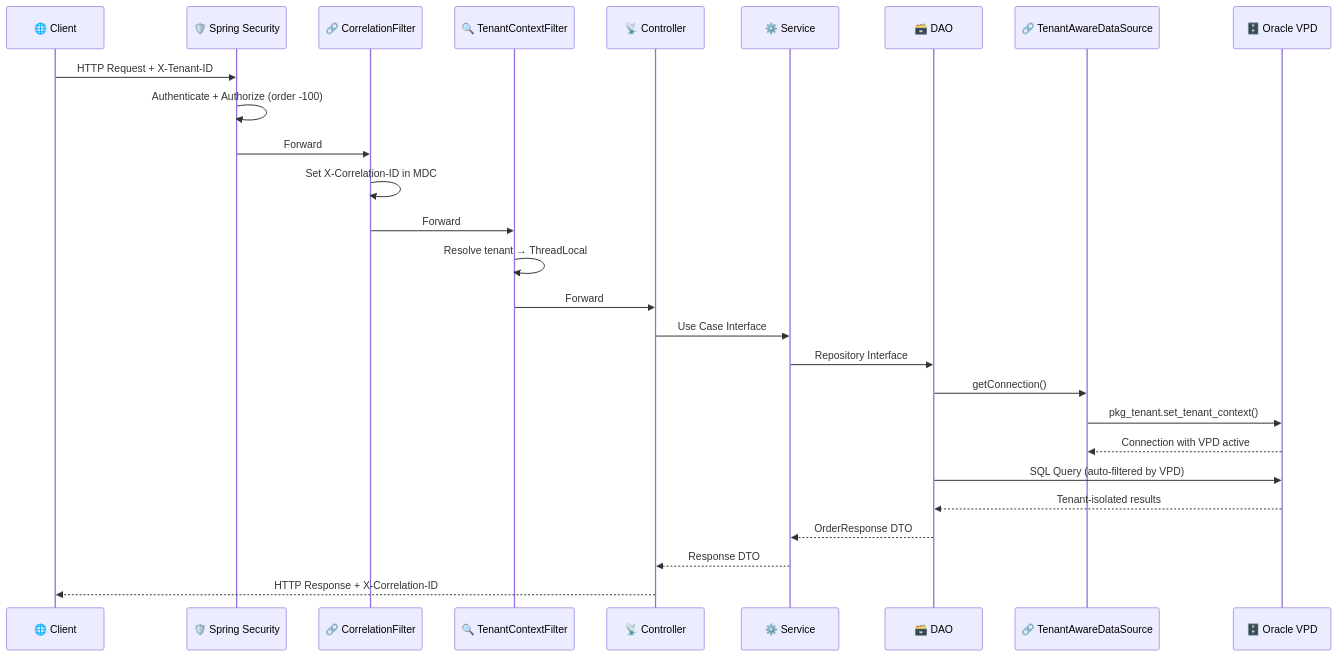
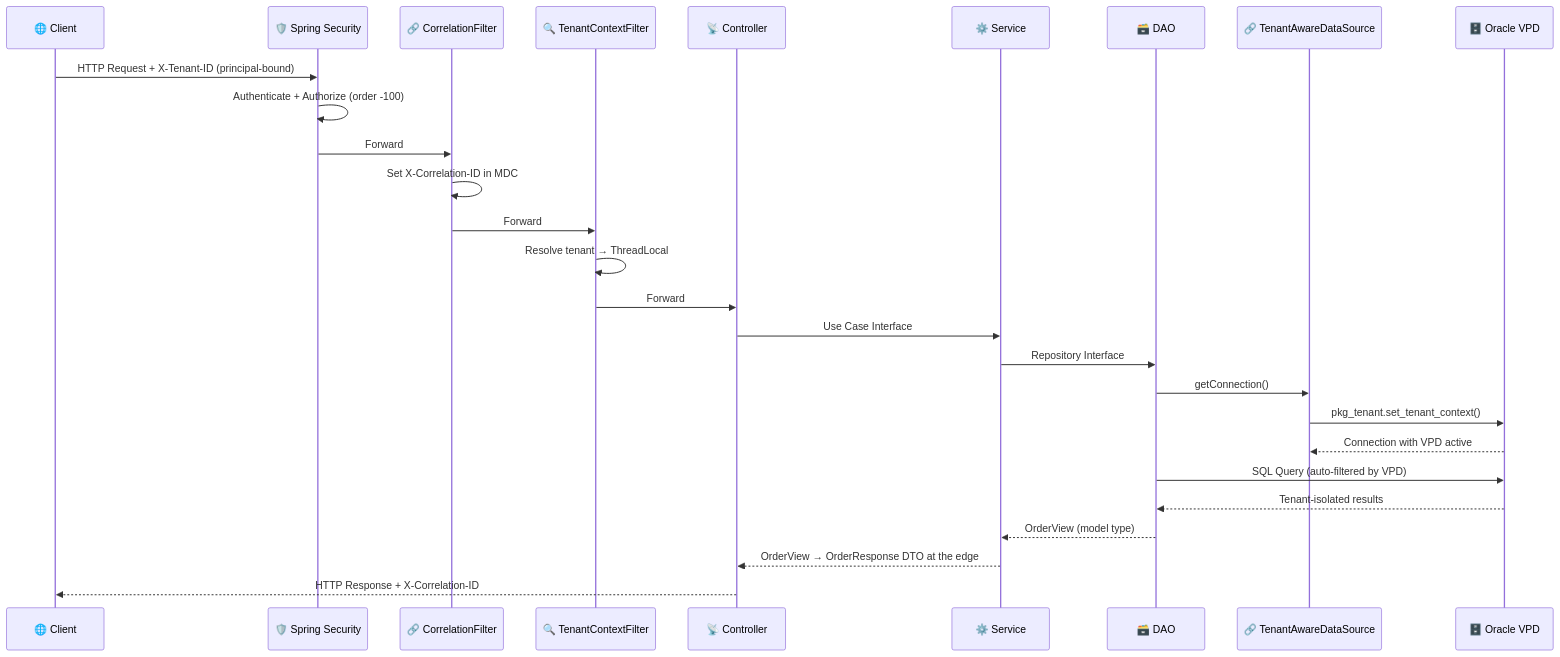
One commit to sergio11/oracle_multitenant_order_management_poc changed the seventh of 8 diagrams in README.md. Above: the diagram before and after it, drawn with Mermaid. The commit also changed other lines of this file and 169 other files, not shown here.

````diff
--- a/README.md
+++ b/README.md
@@ -277,30 +277,30 @@
 ```mermaid
 sequenceDiagram
     participant C as 🌐 Client
     participant SS as 🛡️ Spring Security
     participant CF as 🔗 CorrelationFilter
     participant TF as 🔍 TenantContextFilter
     participant CO as 📡 Controller
     participant SV as ⚙️ Service
     participant DA as 🗃️ DAO
     participant DS as 🔗 TenantAwareDataSource
     participant DB as 🗄️ Oracle VPD
 
-    C->>SS: HTTP Request + X-Tenant-ID
+    C->>SS: HTTP Request + X-Tenant-ID (principal-bound)
     SS->>SS: Authenticate + Authorize (order -100)
     SS->>CF: Forward
     CF->>CF: Set X-Correlation-ID in MDC
     CF->>TF: Forward
     TF->>TF: Resolve tenant → ThreadLocal
     TF->>CO: Forward
     CO->>SV: Use Case Interface
     SV->>DA: Repository Interface
     DA->>DS: getConnection()
     DS->>DB: pkg_tenant.set_tenant_context()
     DB-->>DS: Connection with VPD active
     DA->>DB: SQL Query (auto-filtered by VPD)
     DB-->>DA: Tenant-isolated results
-    DA-->>SV: OrderResponse DTO
-    SV-->>CO: Response DTO
+    DA-->>SV: OrderView (model type)
+    SV-->>CO: OrderView → OrderResponse DTO at the edge
     CO-->>C: HTTP Response + X-Correlation-ID
 ```
````
